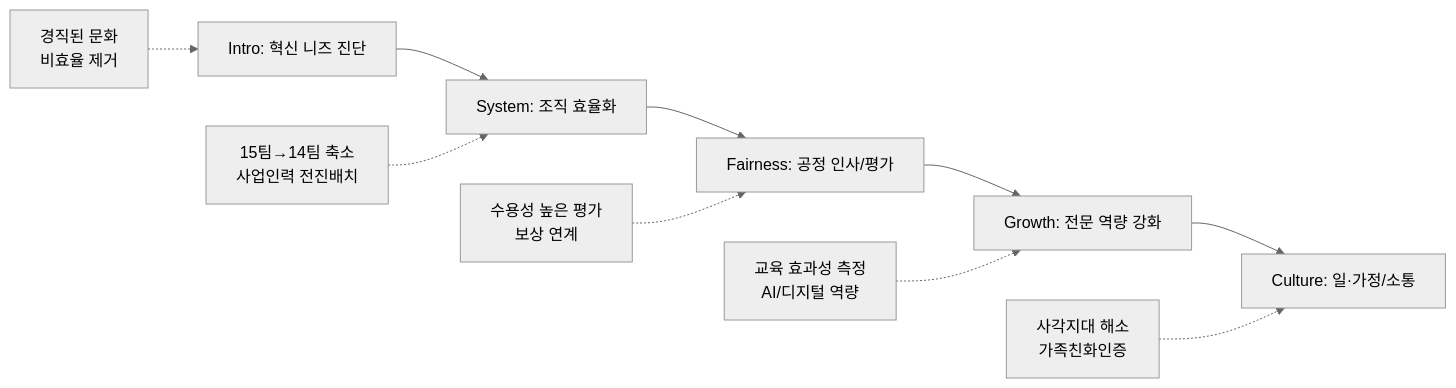
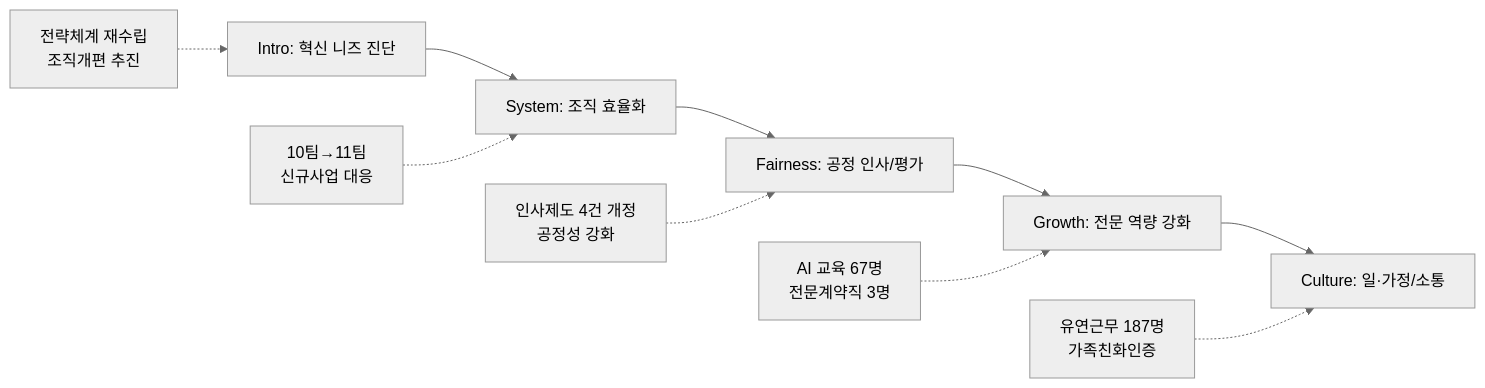
Before and after one commit to lizard4r/eval25: the diagram in content/25년 경평/2_지표별 자료/1-8_조직_및_인적자원관리/5_지표_작성_방안.md, drawn with Mermaid (neutral theme). The commit also changed other lines of this file and 15 other files, not shown here.

````diff
--- a/content/25년 경평/2_지표별 자료/1-8_조직_및_인적자원관리/5_지표_작성_방안.md
+++ b/content/25년 경평/2_지표별 자료/1-8_조직_및_인적자원관리/5_지표_작성_방안.md
@@ -65,13 +66,13 @@
 ```mermaid
 graph LR
     A[Intro: 혁신 니즈 진단] --> B[System: 조직 효율화]
     B --> C[Fairness: 공정 인사/평가]
     C --> D[Growth: 전문 역량 강화]
     D --> E[Culture: 일·가정/소통]
     
-    A1[경직된 문화<br>비효율 제거] -.-> A
-    B1[15팀→14팀 축소<br>사업인력 전진배치] -.-> B
-    C1[수용성 높은 평가<br>보상 연계] -.-> C
-    D1[교육 효과성 측정<br>AI/디지털 역량] -.-> D
-    E1[사각지대 해소<br>가족친화인증] -.-> E
+    A1[전략체계 재수립<br>조직개편 추진] -.-> A
+    B1[10팀→11팀<br>신규사업 대응] -.-> B
+    C1[인사제도 4건 개정<br>공정성 강화] -.-> C
+    D1[AI 교육 67명<br>전문계약직 3명] -.-> D
+    E1[유연근무 187명<br>가족친화인증] -.-> E
 ```
````
